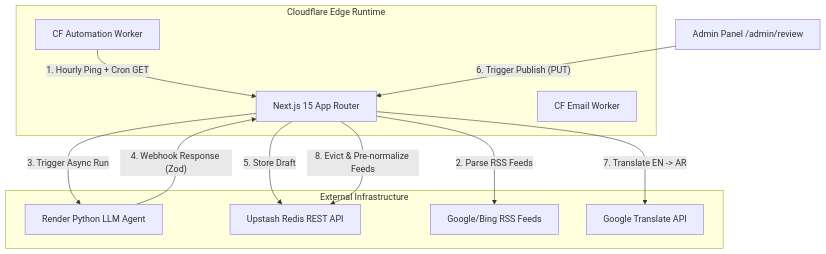
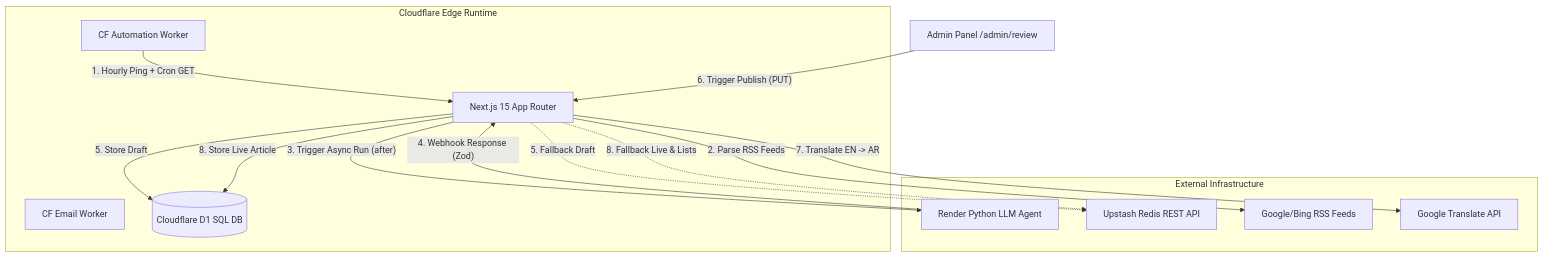
Before and after one commit to vinnych/Arabia_Khaleej: the diagram in REVERSE_ENGINEERING.md, drawn with Mermaid. The commit also changed other lines of this file and 11 other files, not shown here.

Commit message:
feat: migrate persistence to Cloudflare D1 with Redis fallback and refactor editorial workflow for asynchronous generation

````diff
--- a/REVERSE_ENGINEERING.md
+++ b/REVERSE_ENGINEERING.md
@@ -11,25 +11,28 @@
 ```mermaid
 graph TD
     subgraph Cloudflare Edge Runtime
         NextApp[Next.js 15 App Router]
         CFWorker[CF Automation Worker]
         CFEmail[CF Email Worker]
+        D1DB[(Cloudflare D1 SQL DB)]
     end
 
     subgraph External Infrastructure
         PythonAgent[Render Python LLM Agent]
         Upstash[Upstash Redis REST API]
         GoogleNews[Google/Bing RSS Feeds]
         GoogleTrans[Google Translate API]
     end
 
     CFWorker -- "1. Hourly Ping + Cron GET" --> NextApp
     NextApp -- "2. Parse RSS Feeds" --> GoogleNews
-    NextApp -- "3. Trigger Async Run" --> PythonAgent
+    NextApp -- "3. Trigger Async Run (after)" --> PythonAgent
     PythonAgent -- "4. Webhook Response (Zod)" --> NextApp
-    NextApp -- "5. Store Draft" --> Upstash
+    NextApp -- "5. Store Draft" --> D1DB
+    NextApp -. "5. Fallback Draft" .-> Upstash
     
     Admin[Admin Panel /admin/review] -- "6. Trigger Publish (PUT)" --> NextApp
     NextApp -- "7. Translate EN -> AR" --> GoogleTrans
-    NextApp -- "8. Evict & Pre-normalize Feeds" --> Upstash
+    NextApp -- "8. Store Live Article" --> D1DB
+    NextApp -. "8. Fallback Live & Lists" .-> Upstash
 ```
````
